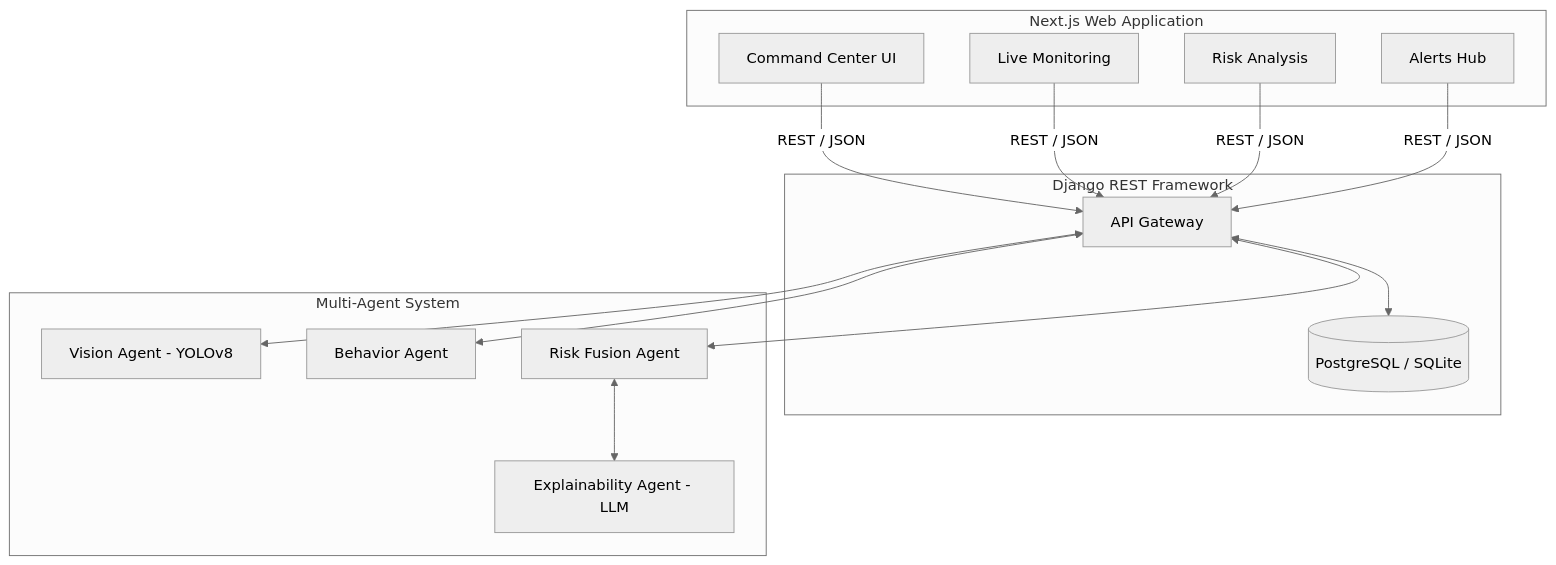
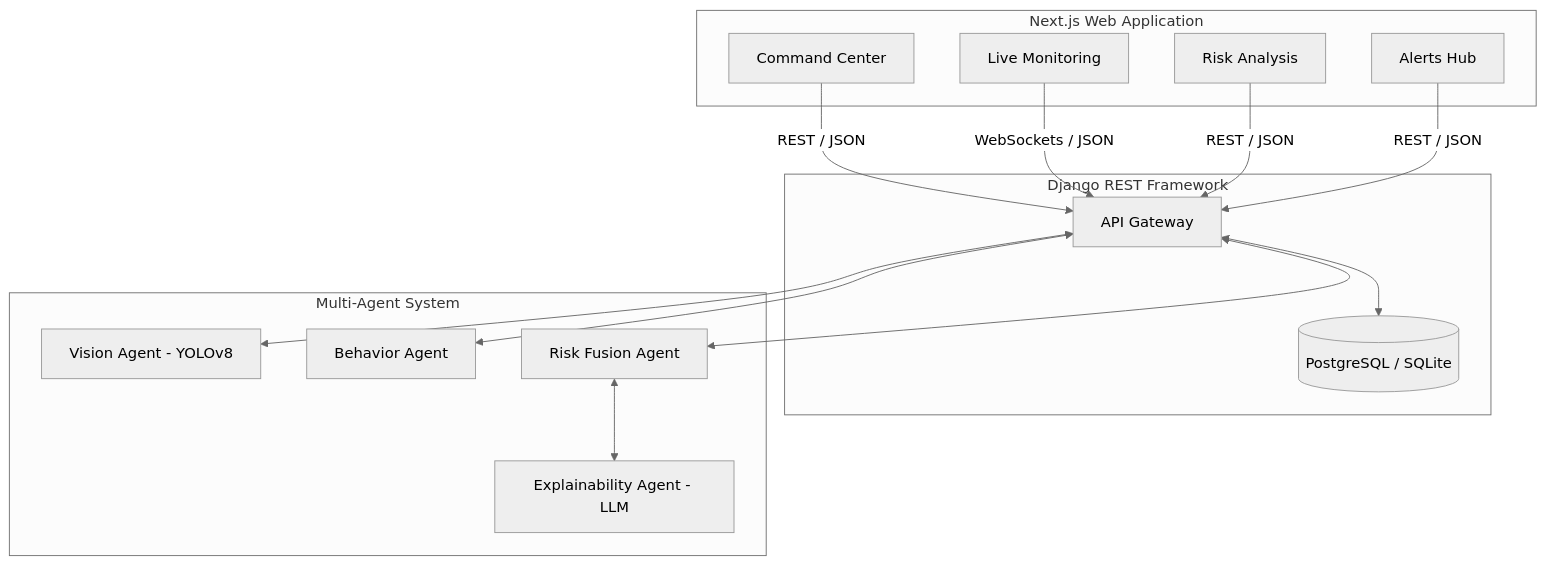
Before and after one commit to Santhosh-zeta/RAKSHAK-AI: the diagram in README.md, drawn with Mermaid (neutral theme). The commit also changed other lines of this file, not shown here.

````diff
--- a/README.md
+++ b/README.md
@@ -9,32 +9,32 @@
 ```mermaid
 graph TD
     subgraph Frontend [Next.js Web Application]
-        UI[Command Center UI]
+        UI[Command Center]
         LM[Live Monitoring]
         RA[Risk Analysis]
         AL[Alerts Hub]
     end
 
     subgraph Backend [Django REST Framework]
         API[API Gateway]
         DB[(PostgreSQL / SQLite)]
     end
     
     subgraph AI Core [Multi-Agent System]
         VA[Vision Agent - YOLOv8]
         BA[Behavior Agent]
         RFA[Risk Fusion Agent]
         EA[Explainability Agent - LLM]
     end
 
     UI --> |REST / JSON| API
-    LM --> |REST / JSON| API
+    LM --> |WebSockets / JSON| API
     RA --> |REST / JSON| API
     AL --> |REST / JSON| API
     
     API <--> DB
     API <--> VA
     API <--> BA
     API <--> RFA
     RFA <--> EA
 ```
````
